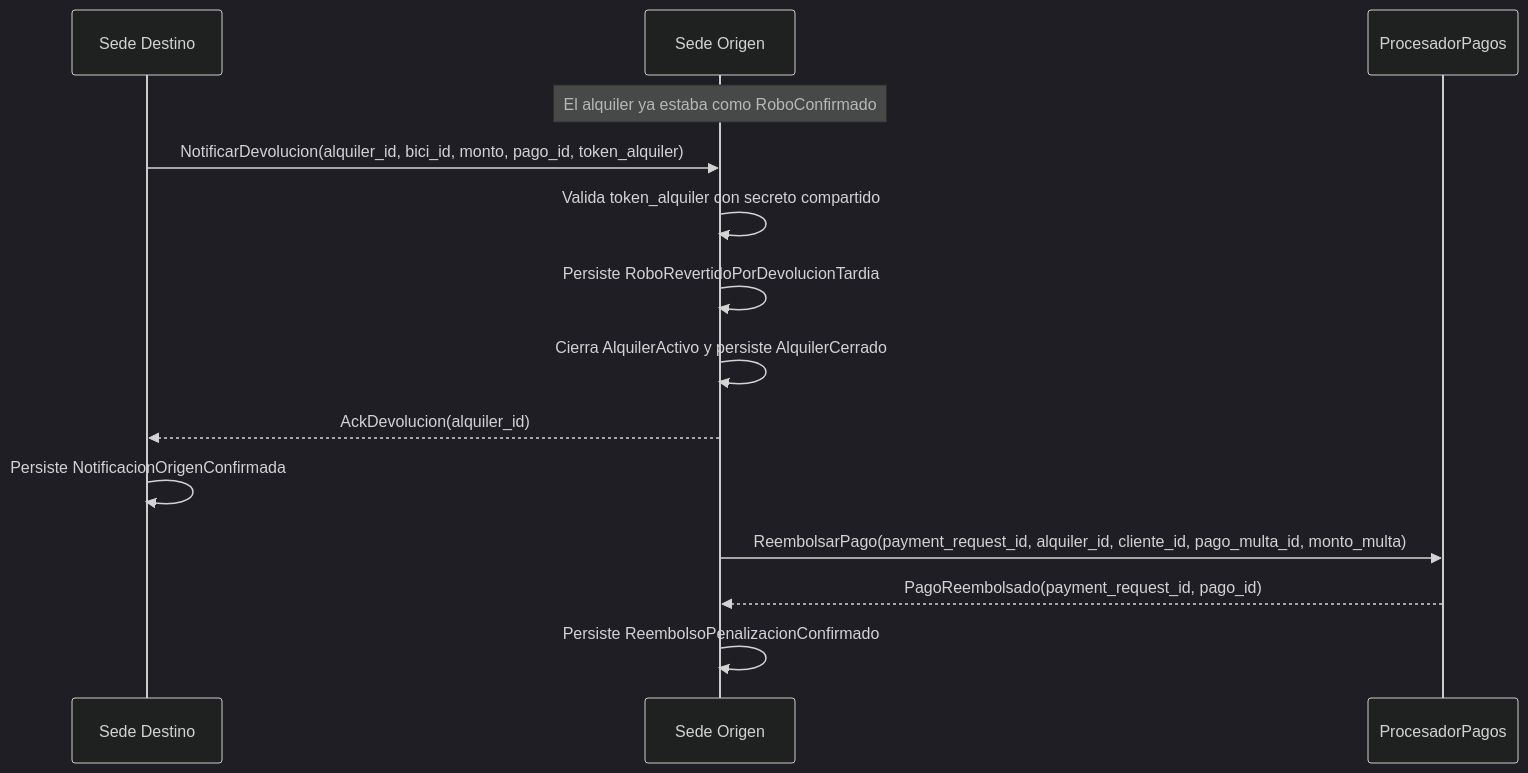
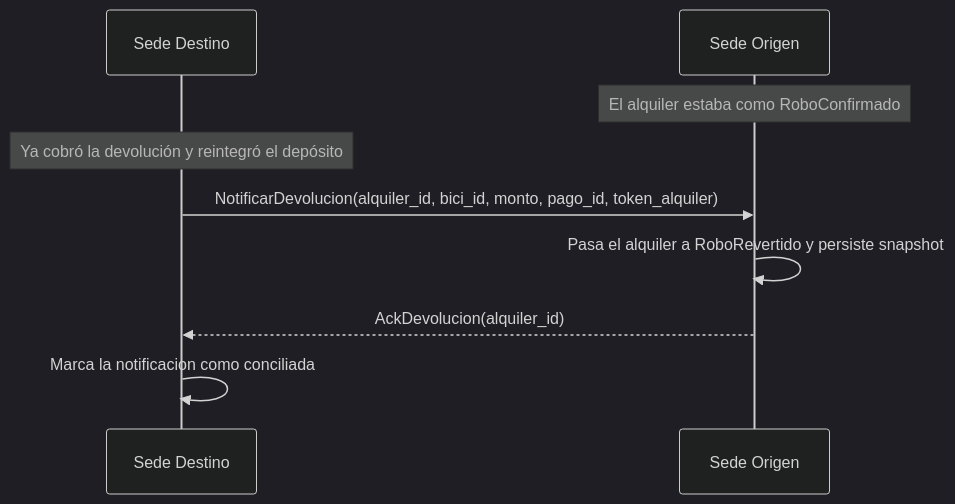
Diagram 13 of 14 in README.md (Jmenechian/distributed-bike-sharing), drawn with Mermaid (dark theme) before and after one commit. The commit also changed other lines of this file, not shown here.

````diff
--- a/README.md
+++ b/README.md
@@ -1449,17 +1231,12 @@
 ```mermaid
 sequenceDiagram
     participant SedeDestino as Sede Destino
     participant SedeOrigen as Sede Origen
-    participant ProcesadorPagos
 
-    Note over SedeOrigen: El alquiler ya estaba como RoboConfirmado
+    Note over SedeOrigen: El alquiler estaba como RoboConfirmado
+    Note over SedeDestino: Ya cobró la devolución y reintegró el depósito
     SedeDestino->>SedeOrigen: NotificarDevolucion(alquiler_id, bici_id, monto, pago_id, token_alquiler)
-    SedeOrigen->>SedeOrigen: Valida token_alquiler con secreto compartido
-    SedeOrigen->>SedeOrigen: Persiste RoboRevertidoPorDevolucionTardia
-    SedeOrigen->>SedeOrigen: Cierra AlquilerActivo y persiste AlquilerCerrado
+    SedeOrigen->>SedeOrigen: Pasa el alquiler a RoboRevertido y persiste snapshot
     SedeOrigen-->>SedeDestino: AckDevolucion(alquiler_id)
-    SedeDestino->>SedeDestino: Persiste NotificacionOrigenConfirmada
-    SedeOrigen->>ProcesadorPagos: ReembolsarPago(payment_request_id, alquiler_id, cliente_id, pago_multa_id, monto_multa)
-    ProcesadorPagos-->>SedeOrigen: PagoReembolsado(payment_request_id, pago_id)
-    SedeOrigen->>SedeOrigen: Persiste ReembolsoPenalizacionConfirmado
+    SedeDestino->>SedeDestino: Marca la notificacion como conciliada
 ```
````
